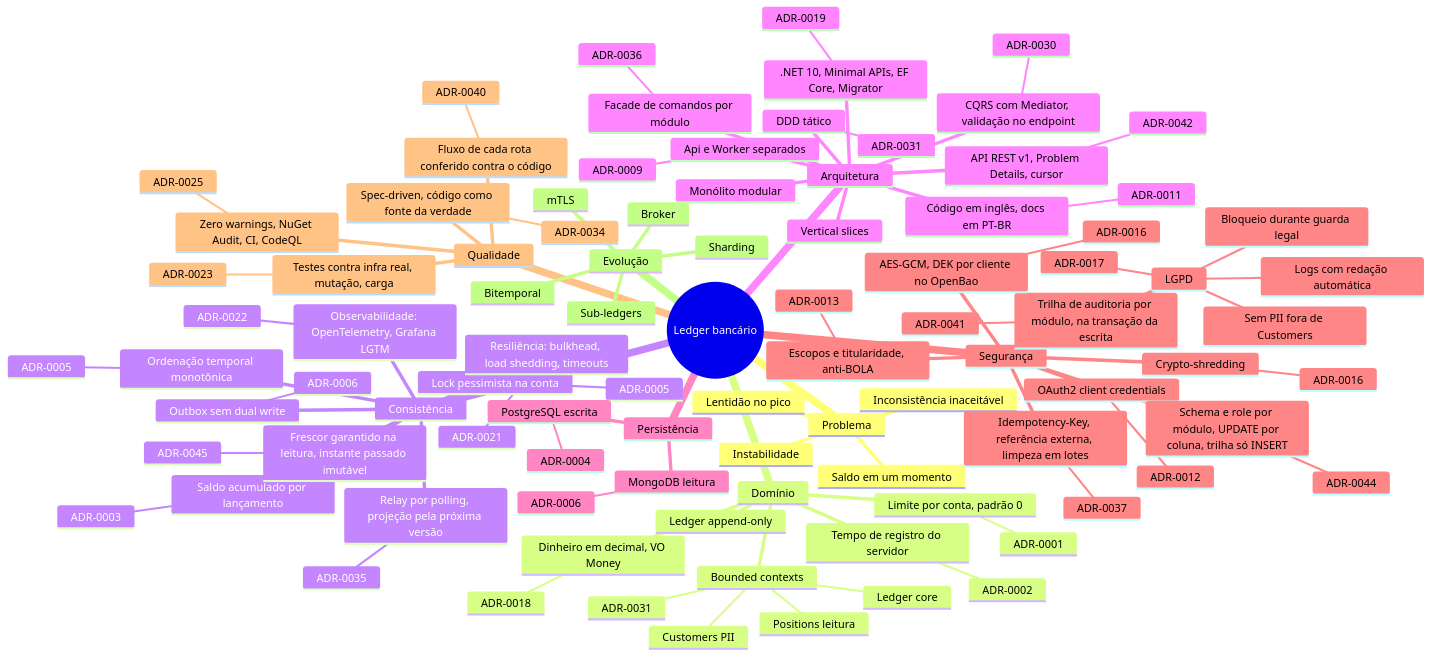
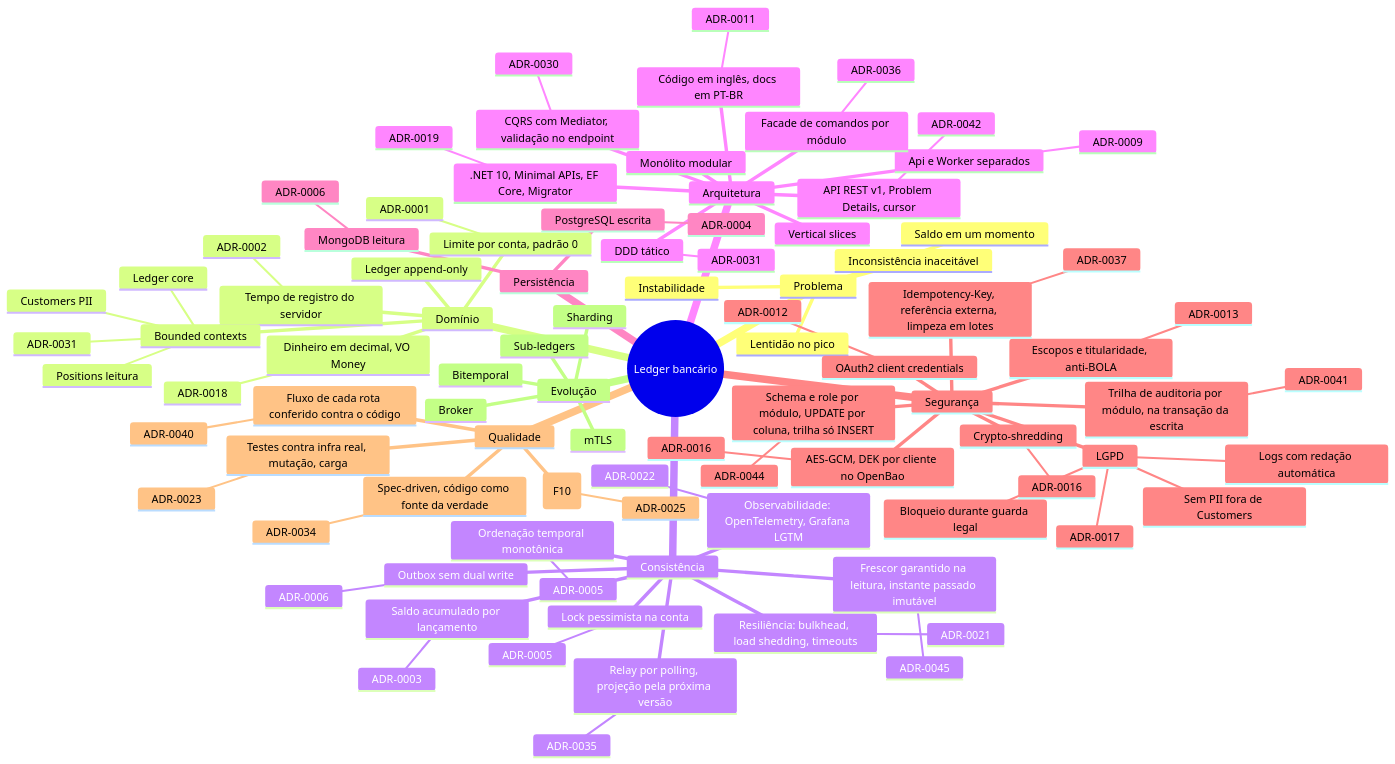
The first of 2 diagrams in docs/mapa-de-decisoes.md (arthuurw/desafio-arquiteto-keyrus), drawn with Mermaid before and after one commit. The commit also changed other lines of this file and 14 other files, not shown here.

```diff
--- a/docs/mapa-de-decisoes.md
+++ b/docs/mapa-de-decisoes.md
@@ -108,7 +108,7 @@
         ADR-0034
       Fluxo de cada rota conferido contra o código
         ADR-0040
-      Zero warnings, NuGet Audit, CI, CodeQL
+      Zero warnings, NuGet Audit, CI; CodeQL previsto (F10)
         ADR-0025
     Evolução
       Broker
```
